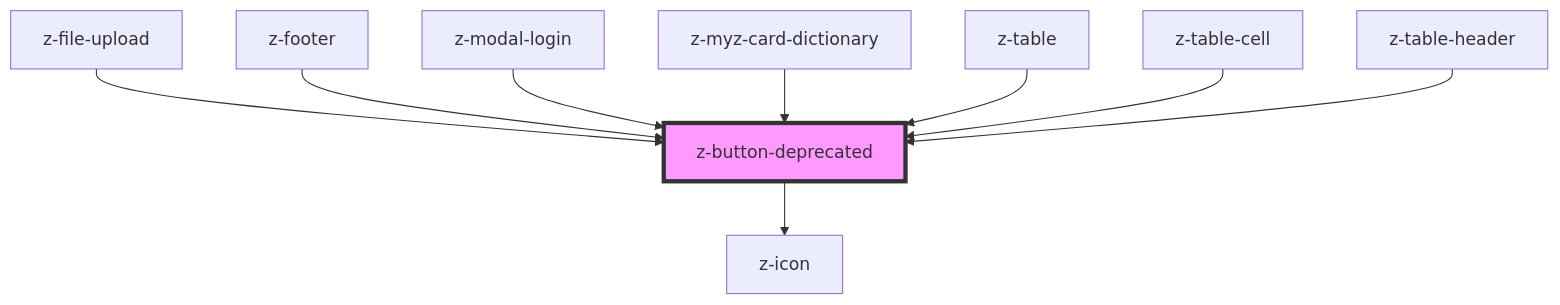
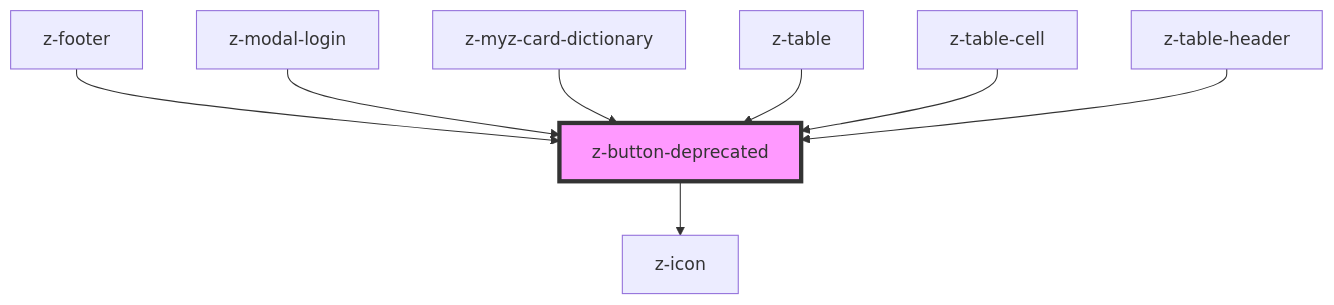
One commit to ZanichelliEditore/design-system changed the diagram in src/deprecated/z-button-deprecated/readme.md. Above: the diagram before and after it, drawn with Mermaid. The commit also changed other lines of this file and 6 other files, not shown here.

Commit message:
chore: replace z-button on file-upload

````diff
--- a/src/deprecated/z-button-deprecated/readme.md
+++ b/src/deprecated/z-button-deprecated/readme.md
@@ -70,12 +69,11 @@
 ```mermaid
 graph TD;
   z-button-deprecated --> z-icon
-  z-file-upload --> z-button-deprecated
   z-footer --> z-button-deprecated
   z-modal-login --> z-button-deprecated
   z-myz-card-dictionary --> z-button-deprecated
   z-table --> z-button-deprecated
   z-table-cell --> z-button-deprecated
   z-table-header --> z-button-deprecated
   style z-button-deprecated fill:#f9f,stroke:#333,stroke-width:4px
 ```
````
